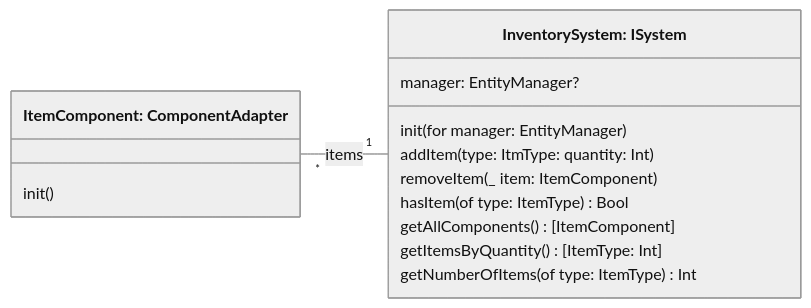
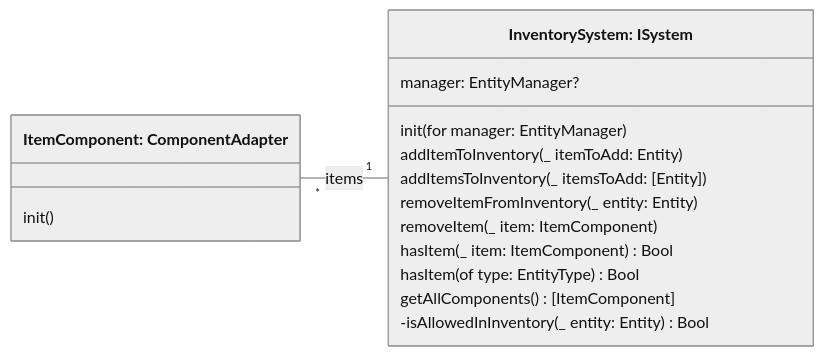
Before and after one commit to Ah-Leongs-Farm/mermaid-diagrams: the diagram in sprint3/inventory-ecs.mmd, drawn with Mermaid (neutral theme). The commit also changed 1 other file, not shown here.

Commit message:
Fix inventory diagram

```diff
--- a/sprint3/inventory-ecs.mmd
+++ b/sprint3/inventory-ecs.mmd
@@ -1,18 +1,20 @@
 classDiagram
     direction LR
     class ItemComponent["ItemComponent: ComponentAdapter"] {
         init()
     }
 
     class InventorySystem["InventorySystem: ISystem"] {
         manager: EntityManager?
         init(for manager: EntityManager)
-        addItem(type: ItmType: quantity: Int)
+        addItemToInventory(_ itemToAdd: Entity)
+        addItemsToInventory(_ itemsToAdd: [Entity])
+        removeItemFromInventory(_ entity: Entity)
         removeItem(_ item: ItemComponent)
-        hasItem(of type: ItemType) Bool
+        hasItem(_ item: ItemComponent) Bool
+        hasItem(of type: EntityType) Bool
         getAllComponents() [ItemComponent]
-        getItemsByQuantity() [ItemType: Int]
-        getNumberOfItems(of type: ItemType) Int
+        -isAllowedInInventory(_ entity: Entity) Bool
     }
 
     ItemComponent "*" -- "1" InventorySystem: items
```
